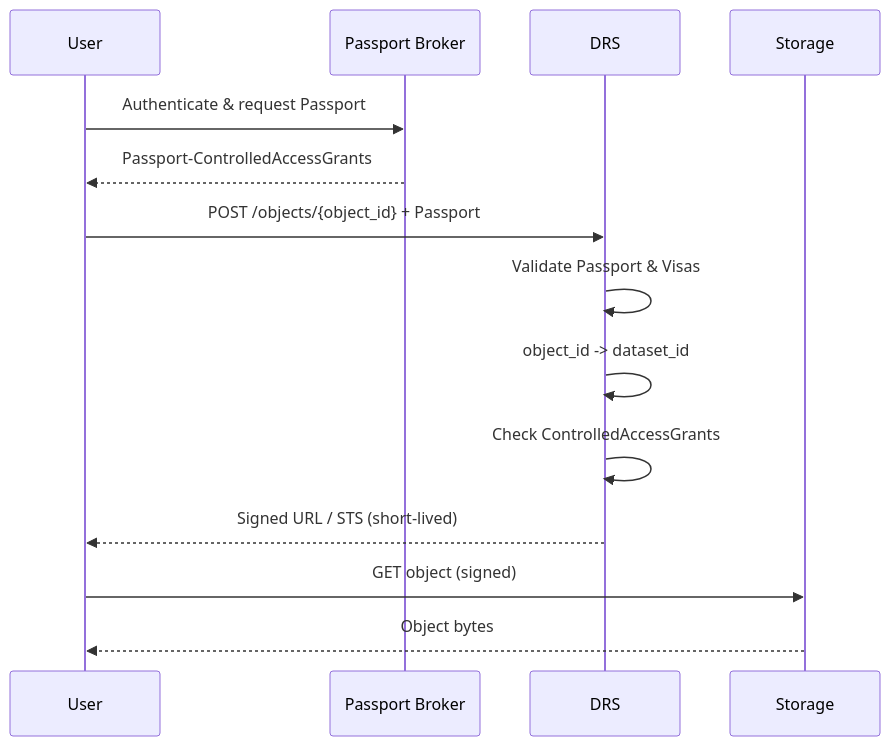
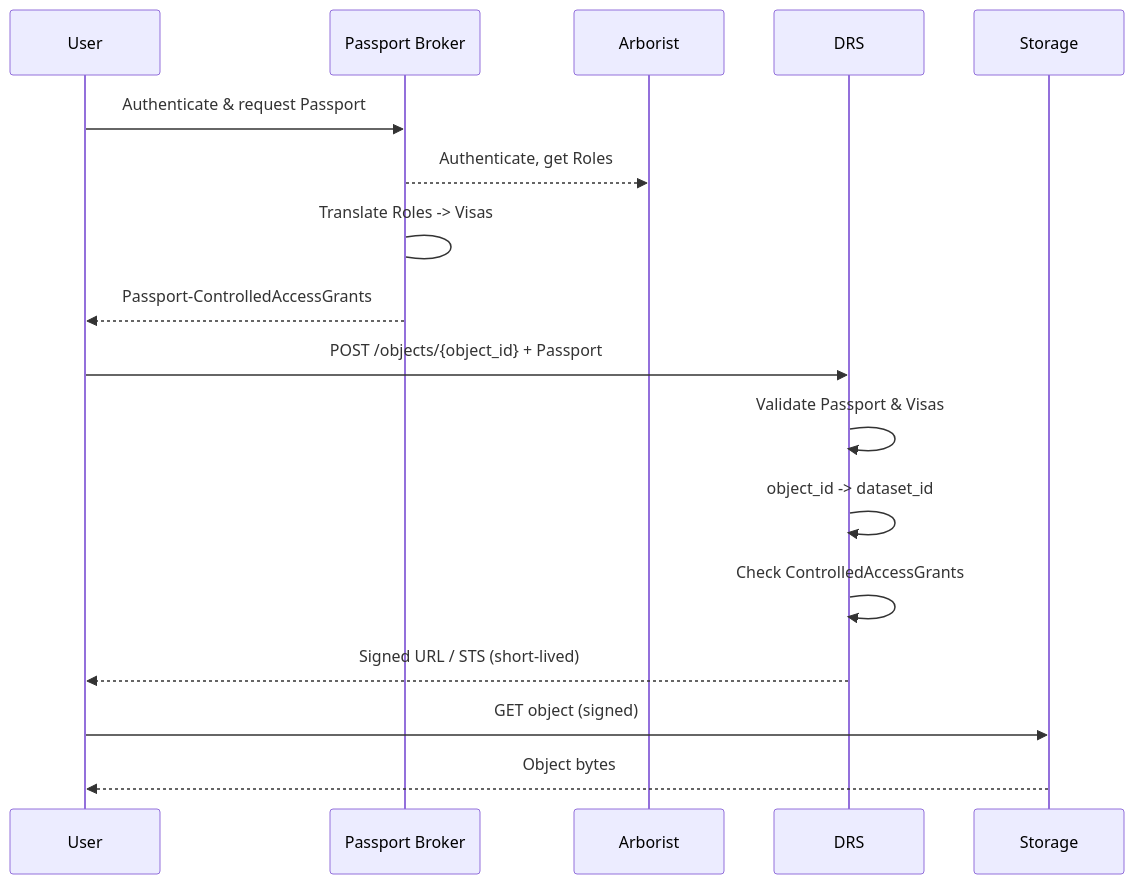
One commit to calypr/syfon changed the second of 2 diagrams in docs/adr/adr-0002-passports-ControlledAccessGrants.md. Above: the diagram before and after it, drawn with Mermaid. The commit also changed 6 other files, not shown here.

````diff
--- a/docs/adr/adr-0002-passports-ControlledAccessGrants.md
+++ b/docs/adr/adr-0002-passports-ControlledAccessGrants.md
@@ -76,19 +76,22 @@
 ```mermaid
 sequenceDiagram
     participant U as User
     participant P as Passport Broker
+    participant A as Arborist
     participant D as DRS
     participant S as Storage
 
     U->>P: Authenticate & request Passport
+    P-->>A: Authenticate, get Roles
+    P->P: Translate Roles -> Visas
     P-->>U: Passport-ControlledAccessGrants
 
     U->>D: POST /objects/{object_id} + Passport
     D->>D: Validate Passport & Visas
     D->>D: object_id -> dataset_id
     D->>D: Check ControlledAccessGrants
     D-->>U: Signed URL / STS (short-lived)
 
     U->>S: GET object (signed)
     S-->>U: Object bytes
 ```
````
